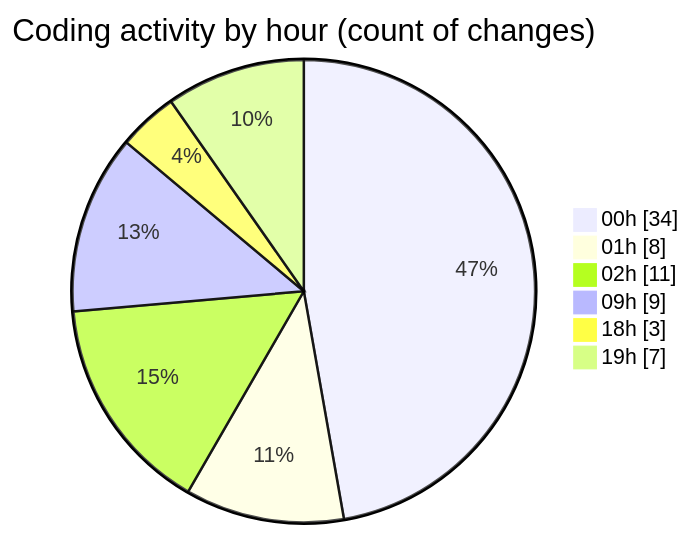
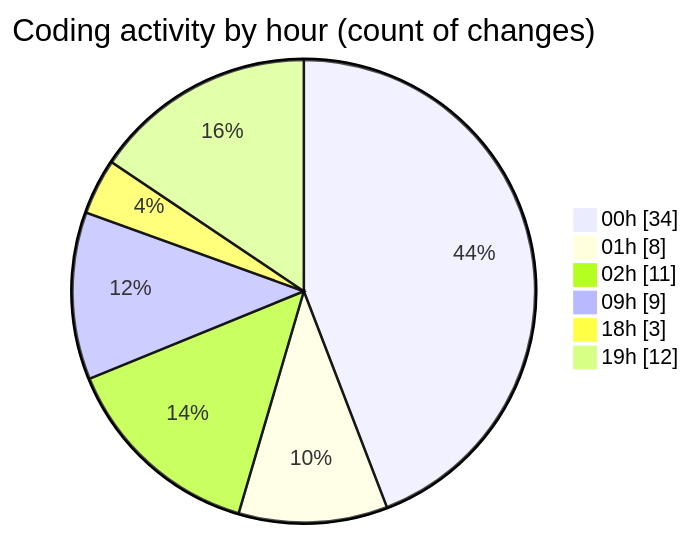
The second of 2 diagrams in 2025-05-18/niten/README.md (Elitesun/code-tracking), drawn with Mermaid before and after one commit. The commit also changed other lines of this file and 1 other file, not shown here.

````diff
--- a/2025-05-18/niten/README.md
+++ b/2025-05-18/niten/README.md
@@ -52,10 +52,10 @@
 ```mermaid
 pie showData
 title Coding activity by hour (count of changes)
 "00h" : 34
 "01h" : 8
 "02h" : 11
 "09h" : 9
 "18h" : 3
-"19h" : 7
+"19h" : 12
 ```
````
